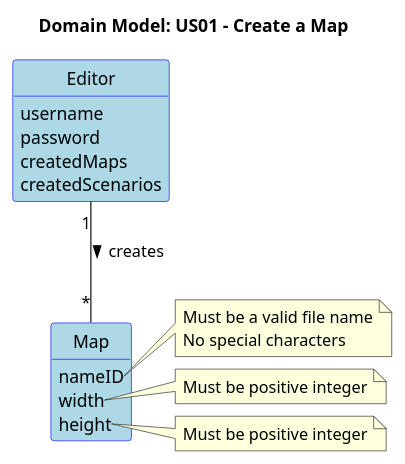
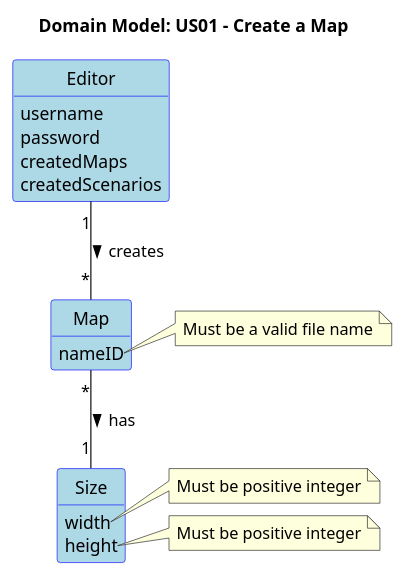
One commit to HenriqueSilva18/Railway-Network-Simulator changed the diagram in docs/system-documentation/Sprint 2/US01/02.analysis/puml/US01-DM.puml. Above: the diagram before and after it, drawn with PlantUML. The commit also changed 112 other files, not shown here.

```diff
--- a/docs/system-documentation/Sprint 2/US01/02.analysis/puml/US01-DM.puml
+++ b/docs/system-documentation/Sprint 2/US01/02.analysis/puml/US01-DM.puml
@@ -1,41 +1,44 @@
 @startuml
 skinparam shadowing false
 skinparam classAttributeIconSize 0
 skinparam class {
   BackgroundColor LightBlue
   BorderColor Blue
 }
 
 hide circle
 hide methods
 title Domain Model: US01 - Create a Map
 
 class Editor {
   username
   password
   createdMaps
   createdScenarios
 }
 
 class Map {
   nameID
+}
+
+class Size {
   width
   height
 }
 
 note right of Map::nameID
   Must be a valid file name
-  No special characters
 end note
 
-note right of Map::width
+note right of Size::width
   Must be positive integer
 end note
 
-note right of Map::height
+note right of Size::height
   Must be positive integer
 end note
 
 Editor "1" -- "*" Map : creates >
+Map "*" -- "1" Size : has >
 
 @enduml
```
